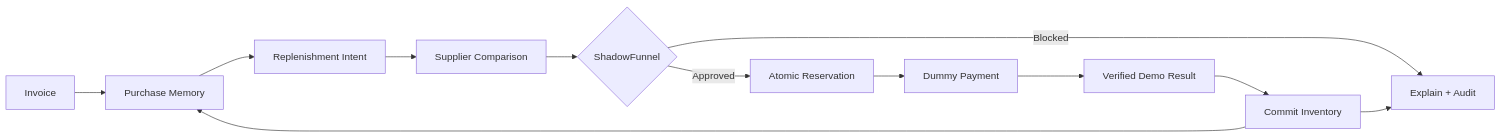
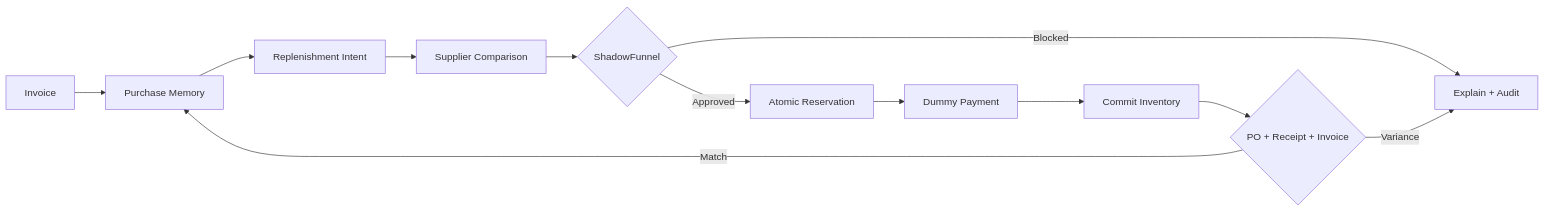
The first of 2 diagrams in README.md (aadi-harale/razorpay_hackathon), drawn with Mermaid before and after one commit. The commit also changed other lines of this file and 16 other files, not shown here.

````diff
--- a/README.md
+++ b/README.md
@@ -69,14 +70,14 @@
 ```mermaid
 flowchart LR
     A[Invoice] --> B[Purchase Memory]
     B --> C[Replenishment Intent]
     C --> D[Supplier Comparison]
     D --> E{ShadowFunnel}
     E -->|Blocked| F[Explain + Audit]
     E -->|Approved| G[Atomic Reservation]
     G --> H[Dummy Payment]
-    H --> I[Verified Demo Result]
-    I --> J[Commit Inventory]
-    J --> B
-    J --> F
+    H --> I[Commit Inventory]
+    I --> J{PO + Receipt + Invoice}
+    J -->|Match| B
+    J -->|Variance| F
 ```
````
